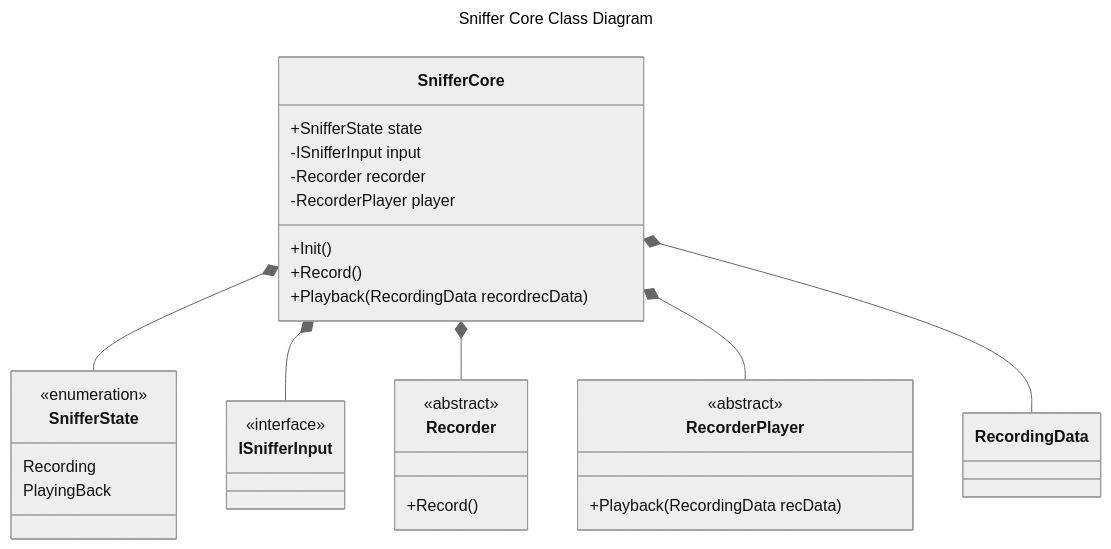
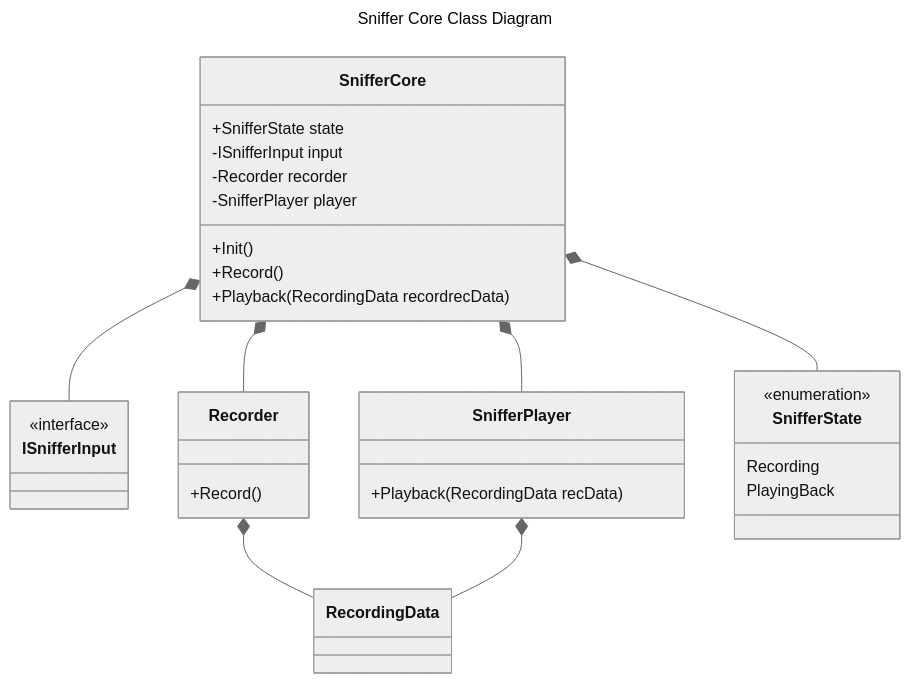
Before and after one commit to cmcm21/QAUnityTool: the first of 5 diagrams in sniffer_vault/Architecture/Sniffer Class Diagrams.md, drawn with Mermaid (neutral theme). The commit also changed other lines of this file and 2 other files, not shown here.

Commit message:
input class diagram updated

````diff
--- a/sniffer_vault/Architecture/Sniffer Class Diagrams.md
+++ b/sniffer_vault/Architecture/Sniffer Class Diagrams.md
@@ -3,45 +3,47 @@
 ```mermaid
 ---
 title: Sniffer Core Class Diagram
 ---
 
 classDiagram 
 direction TB
+
 class ISnifferInput{
 <<interface>>
 }
+
 class Recorder{
-<<abstract>>
 +Record()
 }
-class RecorderPlayer{
-<<abstract>>
+class SnifferPlayer{
 +Playback(RecordingData recData)
 }
+
 class SnifferCore
 
 SnifferCore: +Init()
 SnifferCore: +Record()
 SnifferCore: +Playback(RecordingData recordrecData)
 SnifferCore: +SnifferState state
 SnifferCore: -ISnifferInput input
 SnifferCore: -Recorder recorder
-SnifferCore: -RecorderPlayer player
+SnifferCore: -SnifferPlayer player
 
 class SnifferState{
 	<<enumeration>>
 	Recording
 	PlayingBack
 }
 
 class RecordingData{
 	
 }
 
 
 SnifferCore *--SnifferState
 SnifferCore *--ISnifferInput
 SnifferCore *--Recorder
-SnifferCore *--RecorderPlayer
-SnifferCore*--RecordingData
+SnifferCore *--SnifferPlayer
+Recorder*--RecordingData
+SnifferPlayer*--RecordingData
 ```
````
